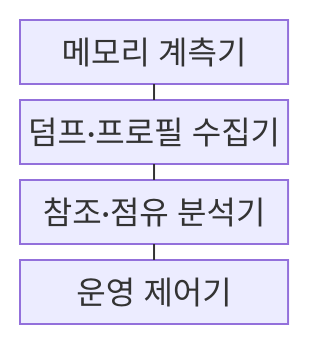
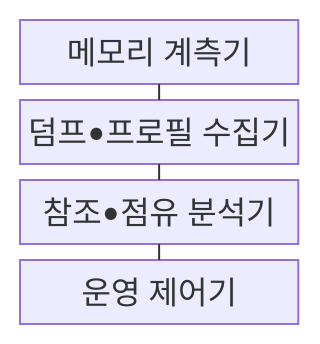
Before and after one commit to agnusdei1207/knowledge-base: the first of 2 diagrams in src/content/docs/notes/03-software/211_memory_leak_heap_overflow.md, drawn with Mermaid. The commit also changed other lines of this file and 953 other files, not shown here.

````diff
--- a/src/content/docs/notes/03-software/211_memory_leak_heap_overflow.md
+++ b/src/content/docs/notes/03-software/211_memory_leak_heap_overflow.md
@@ -71,11 +71,11 @@
 ```mermaid
 block-beta
     columns 1
     A["메모리 계측기"]
-    B["덤프·프로필 수집기"]
-    C["참조·점유 분석기"]
+    B["덤프•프로필 수집기"]
+    C["참조•점유 분석기"]
     D["운영 제어기"]
     A --- B
     B --- C
     C --- D
 ```
````
